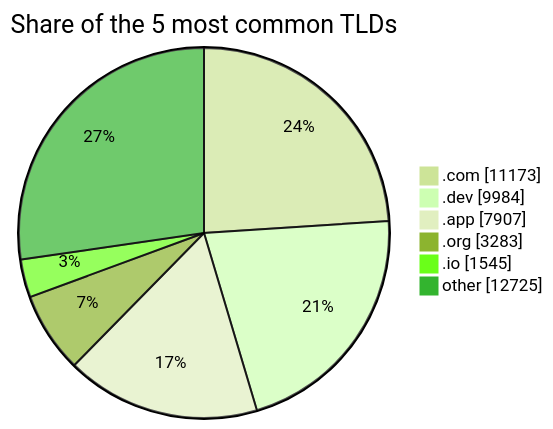
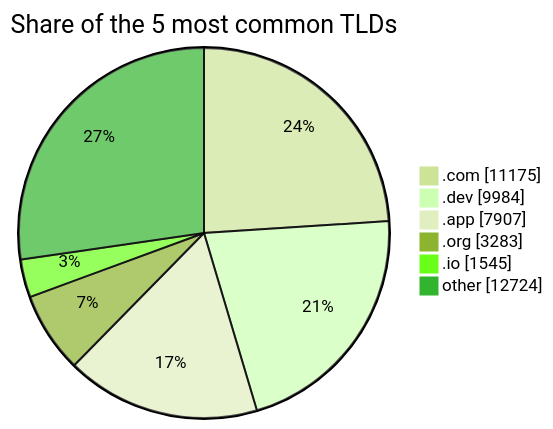
Before and after one commit to DNSBunker/CTI: the third of 3 diagrams in README.md, drawn with Mermaid (forest theme). The commit also changed other lines of this file and 3 other files, not shown here.

````diff
--- a/README.md
+++ b/README.md
@@ -81,9 +81,9 @@
 ```mermaid
 pie showData title Share of the 5 most common TLDs
-    ".com" : 11173
+    ".com" : 11175
     ".dev" : 9984
     ".app" : 7907
     ".org" : 3283
     ".io" : 1545
-    "other" : 12725
+    "other" : 12724
 ```
````
